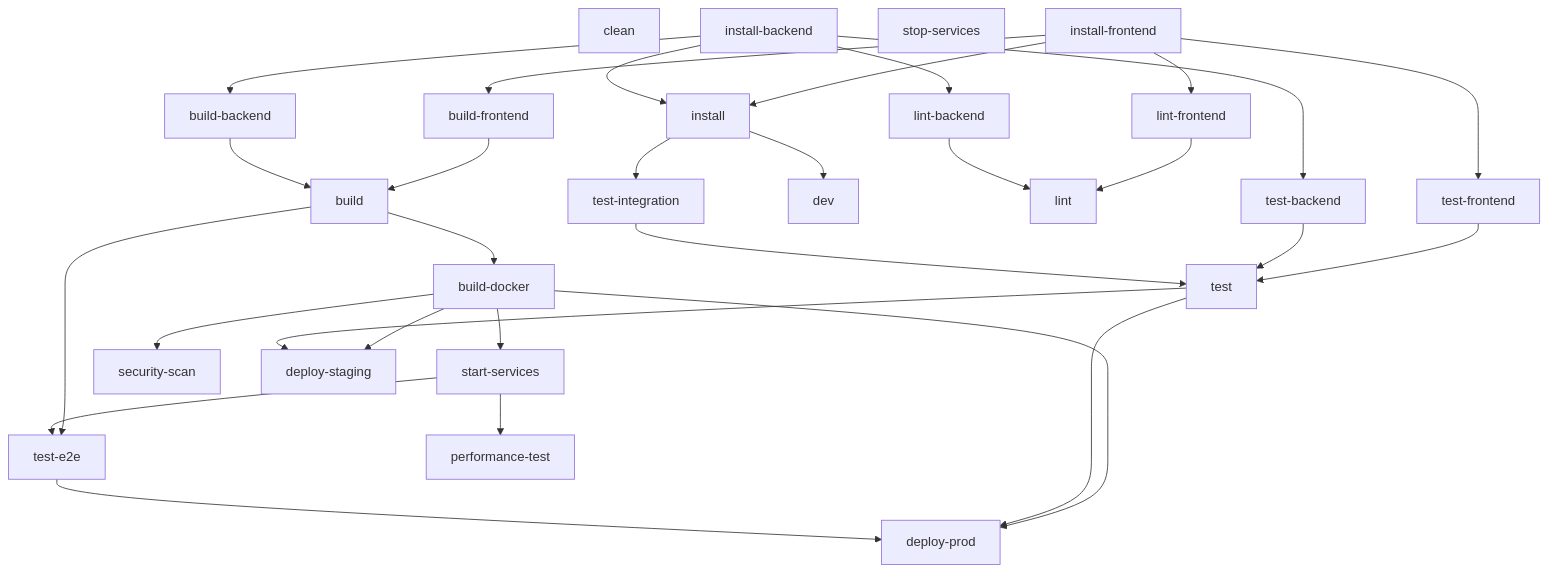
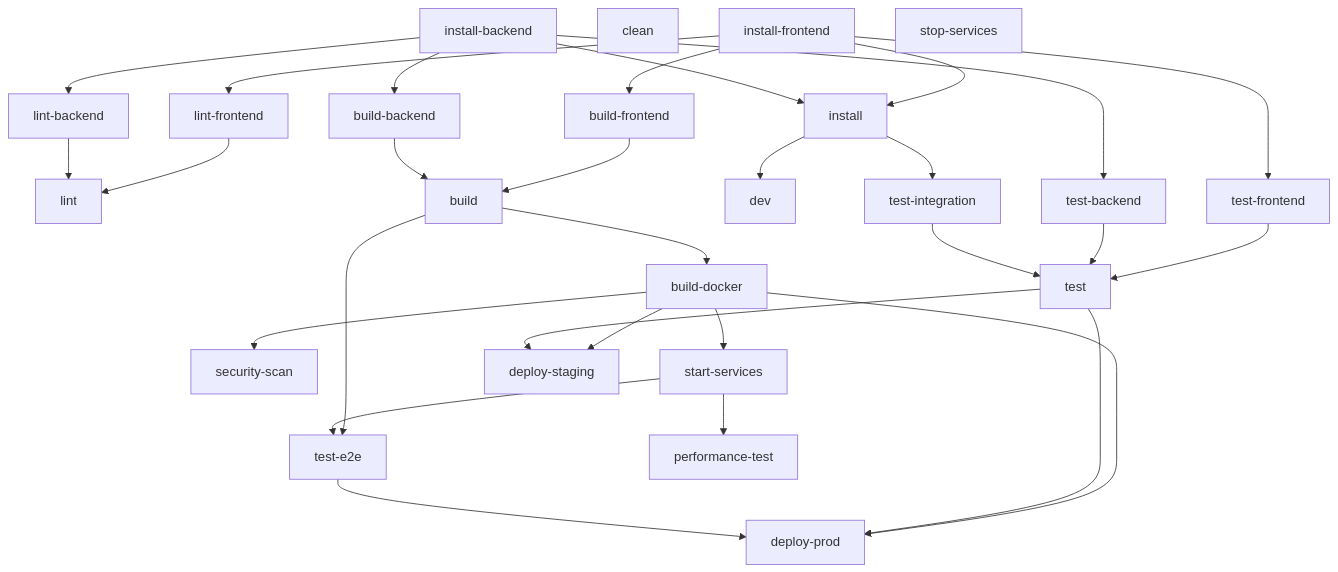
The diagram in examples/complex-webapp/.discovery/pipeline-analyzer/gotask/tasks/dependency-graph.md (nichecode/pipeline-analyzer), drawn with Mermaid before and after one commit. The commit also changed other lines of this file and 42 other files, not shown here.

First line of the commit message:
Add simple Mermaid workflow diagrams to pipeline analyzer

````diff
--- a/examples/complex-webapp/.discovery/pipeline-analyzer/gotask/tasks/dependency-graph.md
+++ b/examples/complex-webapp/.discovery/pipeline-analyzer/gotask/tasks/dependency-graph.md
@@ -13,54 +13,54 @@
 ```mermaid
 graph TD
-    clean["clean"]
+    test["test"]
+    test-e2e["test-e2e"]
+    lint["lint"]
+    lint-frontend["lint-frontend"]
+    build["build"]
     build-frontend["build-frontend"]
     build-backend["build-backend"]
-    install-frontend["install-frontend"]
+    security-scan["security-scan"]
+    install["install"]
+    install-backend["install-backend"]
+    build-docker["build-docker"]
+    performance-test["performance-test"]
+    clean["clean"]
+    dev["dev"]
     test-frontend["test-frontend"]
-    test-backend["test-backend"]
-    test-e2e["test-e2e"]
-    lint-frontend["lint-frontend"]
+    test-integration["test-integration"]
     lint-backend["lint-backend"]
-    stop-services["stop-services"]
-    dev["dev"]
-    lint["lint"]
-    build["build"]
     start-services["start-services"]
     deploy-prod["deploy-prod"]
-    security-scan["security-scan"]
-    performance-test["performance-test"]
-    install["install"]
-    install-backend["install-backend"]
-    test["test"]
-    test-integration["test-integration"]
-    build-docker["build-docker"]
+    install-frontend["install-frontend"]
+    test-backend["test-backend"]
+    stop-services["stop-services"]
     deploy-staging["deploy-staging"]
-    build-docker --> security-scan
-    start-services --> performance-test
-    install-frontend --> lint-frontend
     install --> dev
+    install-backend --> test-backend
+    test-frontend --> test
+    test-backend --> test
+    test-integration --> test
+    install-frontend --> build-frontend
+    build --> build-docker
+    install-frontend --> test-frontend
     build-docker --> deploy-prod
     test --> deploy-prod
     test-e2e --> deploy-prod
-    test-frontend --> test
-    test-backend --> test
-    test-integration --> test
     build-docker --> deploy-staging
     test --> deploy-staging
-    install-frontend --> build-frontend
-    install-backend --> test-backend
+    build --> test-e2e
+    start-services --> test-e2e
+    install-backend --> lint-backend
+    install-backend --> build-backend
+    install-frontend --> install
+    install-backend --> install
+    start-services --> performance-test
+    install --> test-integration
+    build-docker --> start-services
+    lint-frontend --> lint
+    lint-backend --> lint
+    install-frontend --> lint-frontend
     build-frontend --> build
     build-backend --> build
-    install-frontend --> install
-    install-backend --> install
-    install --> test-integration
-    install-backend --> build-backend
-    install-frontend --> test-frontend
-    build --> test-e2e
-    start-services --> test-e2e
-    build --> build-docker
-    install-backend --> lint-backend
-    lint-frontend --> lint
-    lint-backend --> lint
-    build-docker --> start-services
+    build-docker --> security-scan
 ```
````
